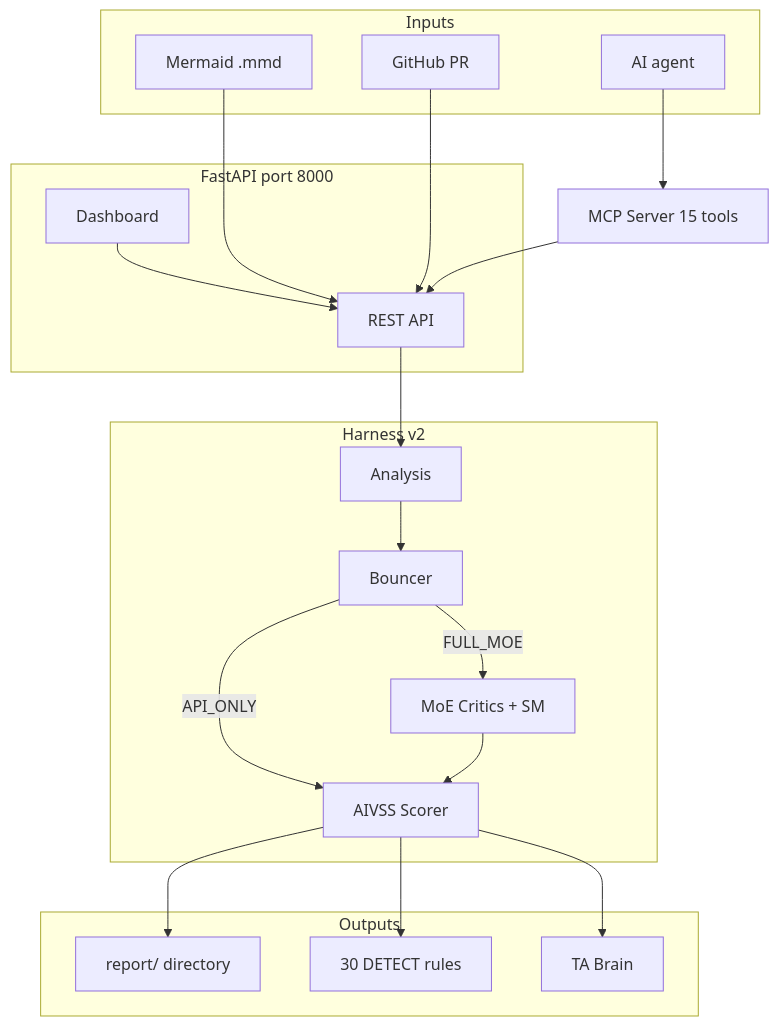
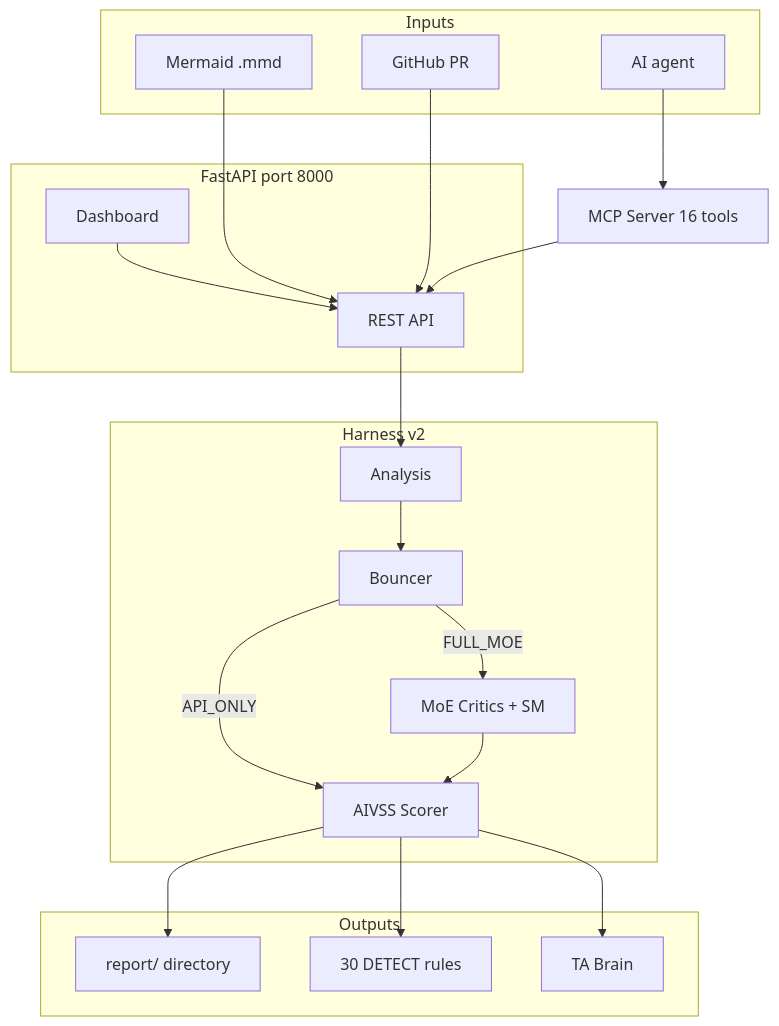
One commit to BerdTan/threatassessor changed the diagram in README.md. Above: the diagram before and after it, drawn with Mermaid. The commit also changed other lines of this file, not shown here.

First line of the commit message:
docs: README v2.6 — Brain Stage 8 + self-growing loop + 16 MCP tools

````diff
--- a/README.md
+++ b/README.md
@@ -7,45 +7,45 @@
 ```mermaid
 flowchart TD
     subgraph Inputs
         mmd_in["Mermaid .mmd"]
         pr_in["GitHub PR"]
         ai_in["AI agent"]
     end
 
     subgraph Service["FastAPI  port 8000"]
         rest_api["REST API"]
         dash_ui["Dashboard"]
     end
 
-    mcp_srv["MCP Server  15 tools"]
+    mcp_srv["MCP Server  16 tools"]
 
     subgraph Harness["Harness v2"]
         an_s["Analysis"]
         bo_s["Bouncer"]
         cr_s["MoE Critics + SM"]
         av_s["AIVSS Scorer"]
     end
 
     subgraph Outputs
         rep_o["report/ directory"]
         det_o["30 DETECT rules"]
         brn_o["TA Brain"]
     end
 
     mmd_in --> rest_api
     pr_in --> rest_api
     ai_in --> mcp_srv
     mcp_srv --> rest_api
 
     rest_api --> an_s
     dash_ui --> rest_api
 
     an_s --> bo_s
     bo_s -->|"API_ONLY"| av_s
     bo_s -->|"FULL_MOE"| cr_s
     cr_s --> av_s
 
     av_s --> rep_o
     av_s --> det_o
     av_s --> brn_o
 ```
````
